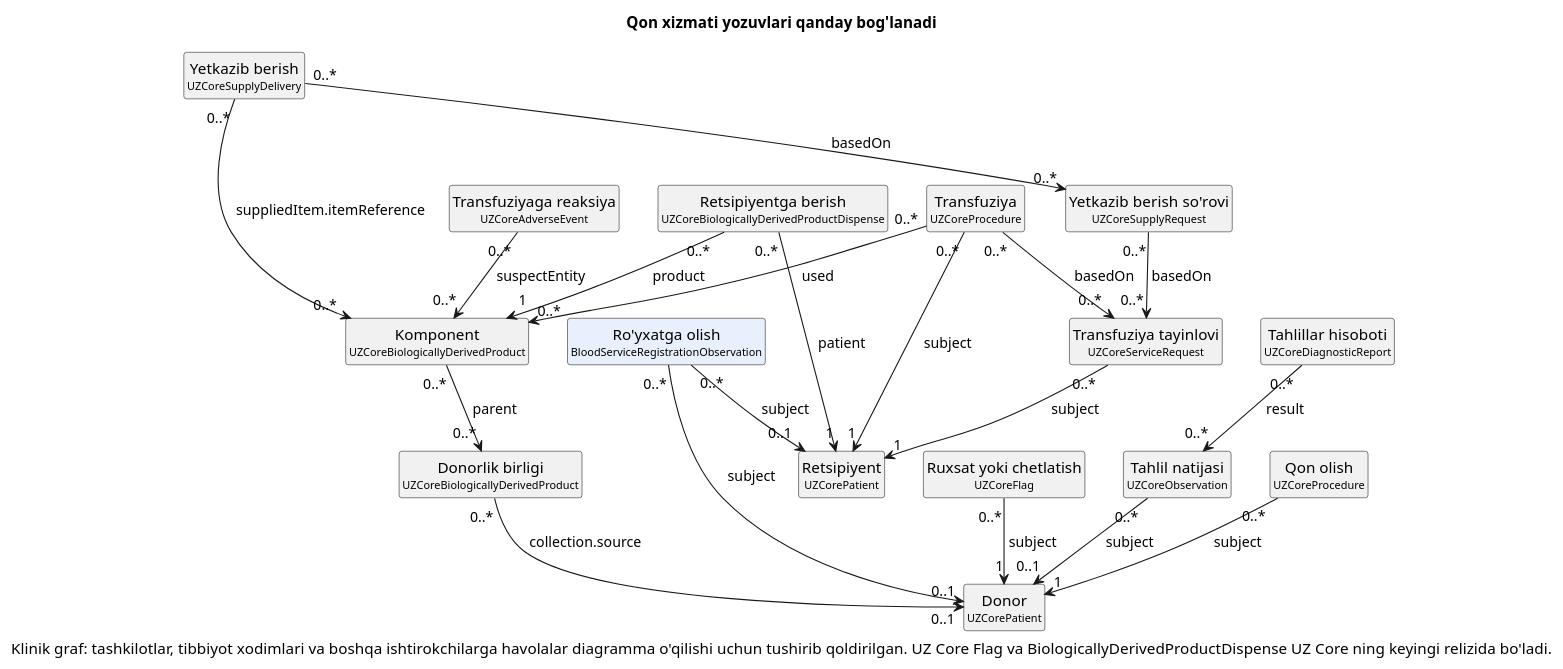
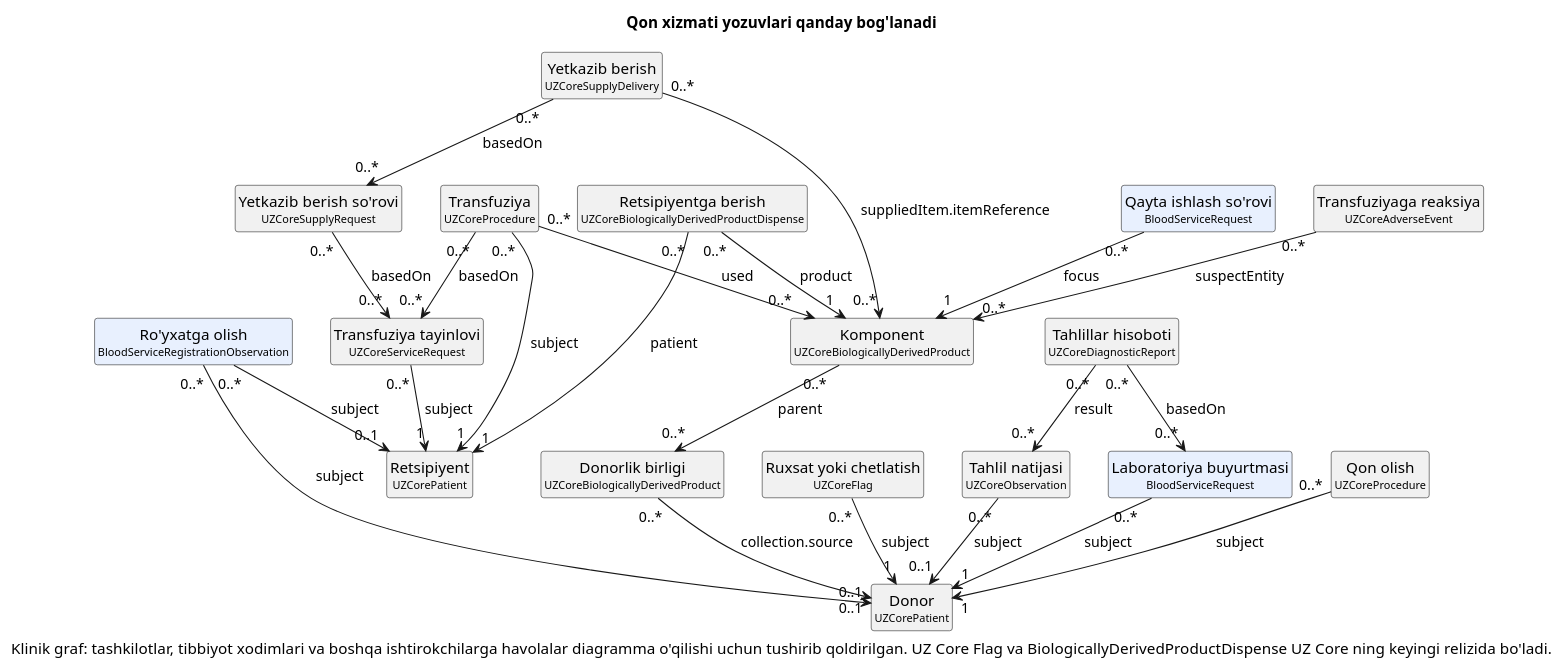
One commit to BEKHZOD98/digital-health-integration changed the diagram in input/images-source/blood-management-model-uz.plantuml. Above: the diagram before and after it, drawn with PlantUML. The commit also changed 26 other files, not shown here.

Commit message:
Add Blood ServiceRequest profile (#150)

```diff
--- a/input/images-source/blood-management-model-uz.plantuml
+++ b/input/images-source/blood-management-model-uz.plantuml
@@ -1,43 +1,48 @@
 @startuml blood-management-model-uz
 hide circle
 hide empty members
 title Qon xizmati yozuvlari qanday bog'lanadi
 
 class "Donor\n<size:10>UZCorePatient</size>" as Donor [[https://dhp.uz/fhir/core/uz/StructureDefinition-uz-core-patient.html{Ochish UZCorePatient}]]
 class "Retsipiyent\n<size:10>UZCorePatient</size>" as Recipient [[https://dhp.uz/fhir/core/uz/StructureDefinition-uz-core-patient.html{Ochish UZCorePatient}]]
 class "Ro'yxatga olish\n<size:10>BloodServiceRegistrationObservation</size>" as Reg [[StructureDefinition-blood-service-registration-observation.html{Ochish BloodServiceRegistrationObservation}]] #E8F0FE
 class "Ruxsat yoki chetlatish\n<size:10>UZCoreFlag</size>" as Flag
 class "Tahlil natijasi\n<size:10>UZCoreObservation</size>" as Test [[https://dhp.uz/fhir/core/uz/StructureDefinition-uz-core-observation.html{Ochish UZCoreObservation}]]
 class "Tahlillar hisoboti\n<size:10>UZCoreDiagnosticReport</size>" as Report [[https://dhp.uz/fhir/core/uz/StructureDefinition-uz-core-diagnostic-report.html{Ochish UZCoreDiagnosticReport}]]
+class "Laboratoriya buyurtmasi\n<size:10>BloodServiceRequest</size>" as LabOrder [[StructureDefinition-blood-servicerequest.html{Ochish BloodServiceRequest}]] #E8F0FE
+class "Qayta ishlash so'rovi\n<size:10>BloodServiceRequest</size>" as ProcReq [[StructureDefinition-blood-servicerequest.html{Ochish BloodServiceRequest}]] #E8F0FE
 class "Qon olish\n<size:10>UZCoreProcedure</size>" as Coll [[https://dhp.uz/fhir/core/uz/StructureDefinition-uz-core-procedure.html{Ochish UZCoreProcedure}]]
 class "Donorlik birligi\n<size:10>UZCoreBiologicallyDerivedProduct</size>" as Unit [[https://dhp.uz/fhir/core/uz/StructureDefinition-uz-core-biologically-derived-product.html{Ochish UZCoreBiologicallyDerivedProduct}]]
 class "Komponent\n<size:10>UZCoreBiologicallyDerivedProduct</size>" as Comp [[https://dhp.uz/fhir/core/uz/StructureDefinition-uz-core-biologically-derived-product.html{Ochish UZCoreBiologicallyDerivedProduct}]]
 class "Transfuziya tayinlovi\n<size:10>UZCoreServiceRequest</size>" as Order [[https://dhp.uz/fhir/core/uz/StructureDefinition-uz-core-servicerequest.html{Ochish UZCoreServiceRequest}]]
 class "Yetkazib berish so'rovi\n<size:10>UZCoreSupplyRequest</size>" as SReq [[https://dhp.uz/fhir/core/uz/StructureDefinition-uz-core-supply-request.html{Ochish UZCoreSupplyRequest}]]
 class "Yetkazib berish\n<size:10>UZCoreSupplyDelivery</size>" as SDel [[https://dhp.uz/fhir/core/uz/StructureDefinition-uz-core-supply-delivery.html{Ochish UZCoreSupplyDelivery}]]
 class "Retsipiyentga berish\n<size:10>UZCoreBiologicallyDerivedProductDispense</size>" as Disp
 class "Transfuziya\n<size:10>UZCoreProcedure</size>" as Tx [[https://dhp.uz/fhir/core/uz/StructureDefinition-uz-core-procedure.html{Ochish UZCoreProcedure}]]
 class "Transfuziyaga reaksiya\n<size:10>UZCoreAdverseEvent</size>" as AE [[https://dhp.uz/fhir/core/uz/StructureDefinition-uz-core-adverse-event.html{Ochish UZCoreAdverseEvent}]]
 
 Reg "0..*" --> "0..1" Donor : « subject »
 Reg "0..*" --> "0..1" Recipient : « subject »
 Flag "0..*" --> "1" Donor : « subject »
 Test "0..*" --> "0..1" Donor : « subject »
 Report "0..*" --> "0..*" Test : « result »
+LabOrder "0..*" --> "1" Donor : « subject »
+Report "0..*" --> "0..*" LabOrder : « basedOn »
 Coll "0..*" --> "1" Donor : « subject »
 Unit "0..*" --> "0..1" Donor : « collection.source »
 Comp "0..*" --> "0..*" Unit : « parent »
+ProcReq "0..*" --> "1" Comp : « focus »
 Order "0..*" --> "1" Recipient : « subject »
 SReq "0..*" --> "0..*" Order : « basedOn »
 SDel "0..*" --> "0..*" SReq : « basedOn »
 SDel "0..*" --> "0..*" Comp : « suppliedItem.itemReference »
 Disp "0..*" --> "1" Comp : « product »
 Disp "0..*" --> "1" Recipient : « patient »
 Tx "0..*" --> "0..*" Order : « basedOn »
 Tx "0..*" --> "0..*" Comp : « used »
 Tx "0..*" --> "1" Recipient : « subject »
 AE "0..*" --> "0..*" Comp : « suspectEntity »
 
 caption Klinik graf: tashkilotlar, tibbiyot xodimlari va boshqa ishtirokchilarga havolalar diagramma o'qilishi uchun tushirib qoldirilgan. UZ Core Flag va BiologicallyDerivedProductDispense UZ Core ning keyingi relizida bo'ladi.
 
 @enduml
```
